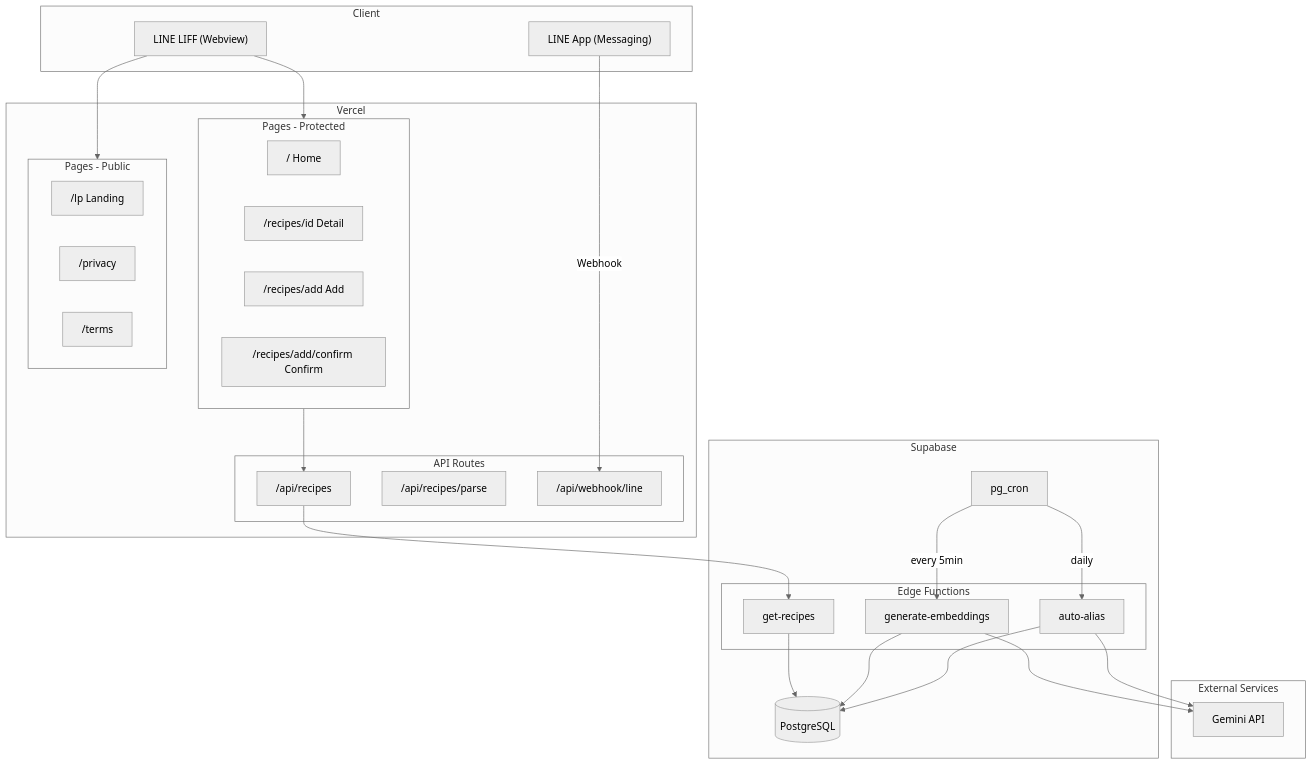
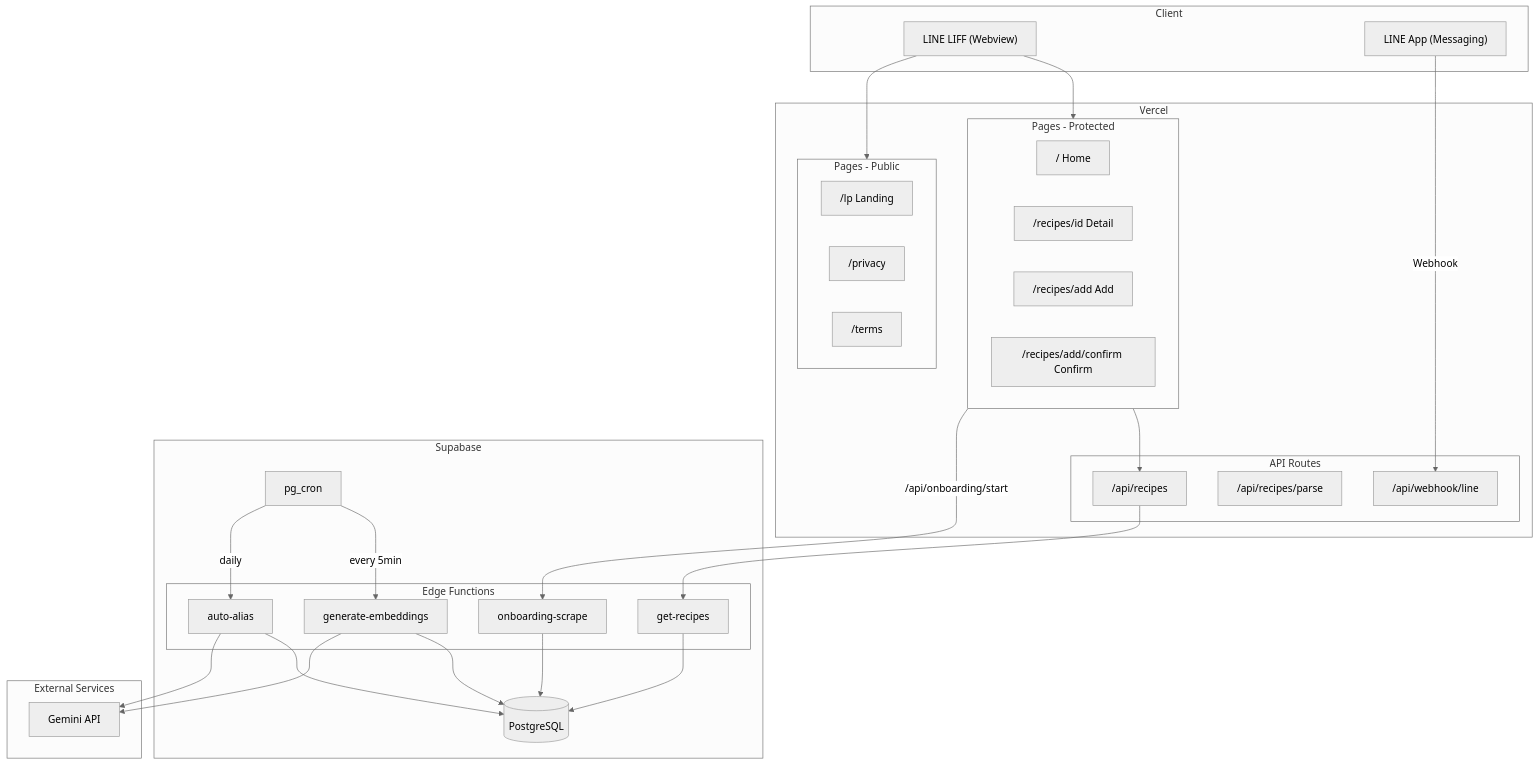
One commit to mktu/recipe-app changed the first of 11 diagrams in docs/ARCHITECTURE.md. Above: the diagram before and after it, drawn with Mermaid (neutral theme). The commit also changed other lines of this file and 1 other file, not shown here.

````diff
--- a/docs/ARCHITECTURE.md
+++ b/docs/ARCHITECTURE.md
@@ -143,60 +143,63 @@
 ```mermaid
 graph TB
     subgraph Client["Client"]
         LIFF["LINE LIFF (Webview)"]
         LINEApp["LINE App (Messaging)"]
     end
 
     subgraph Vercel["Vercel"]
         subgraph Pages["Pages - Protected"]
             Home["/ Home"]
             Detail["/recipes/id Detail"]
             Add["/recipes/add Add"]
             Confirm["/recipes/add/confirm Confirm"]
         end
 
         subgraph Public["Pages - Public"]
             LP["/lp Landing"]
             Privacy["/privacy"]
             Terms["/terms"]
         end
 
         subgraph APIRoutes["API Routes"]
             RecipeAPI["/api/recipes"]
             ParseAPI["/api/recipes/parse"]
             WebhookAPI["/api/webhook/line"]
         end
     end
 
     subgraph Supabase["Supabase"]
         DB[("PostgreSQL")]
 
         subgraph EdgeFunctions["Edge Functions"]
             GetRecipes["get-recipes"]
             GenEmbed["generate-embeddings"]
             AutoAlias["auto-alias"]
+            OnboardingScrape["onboarding-scrape"]
         end
 
         Cron["pg_cron"]
     end
 
     subgraph External["External Services"]
         Gemini["Gemini API"]
     end
 
     LIFF --> Pages
     LIFF --> Public
     LINEApp -->|Webhook| WebhookAPI
 
     Pages --> RecipeAPI
     RecipeAPI --> GetRecipes
+    Pages -->|/api/onboarding/start| OnboardingScrape
 
     GetRecipes --> DB
     GenEmbed --> DB
     GenEmbed --> Gemini
     AutoAlias --> DB
     AutoAlias --> Gemini
+    OnboardingScrape --> DB
 
     Cron -->|every 5min| GenEmbed
     Cron -->|daily| AutoAlias
 ```
````
